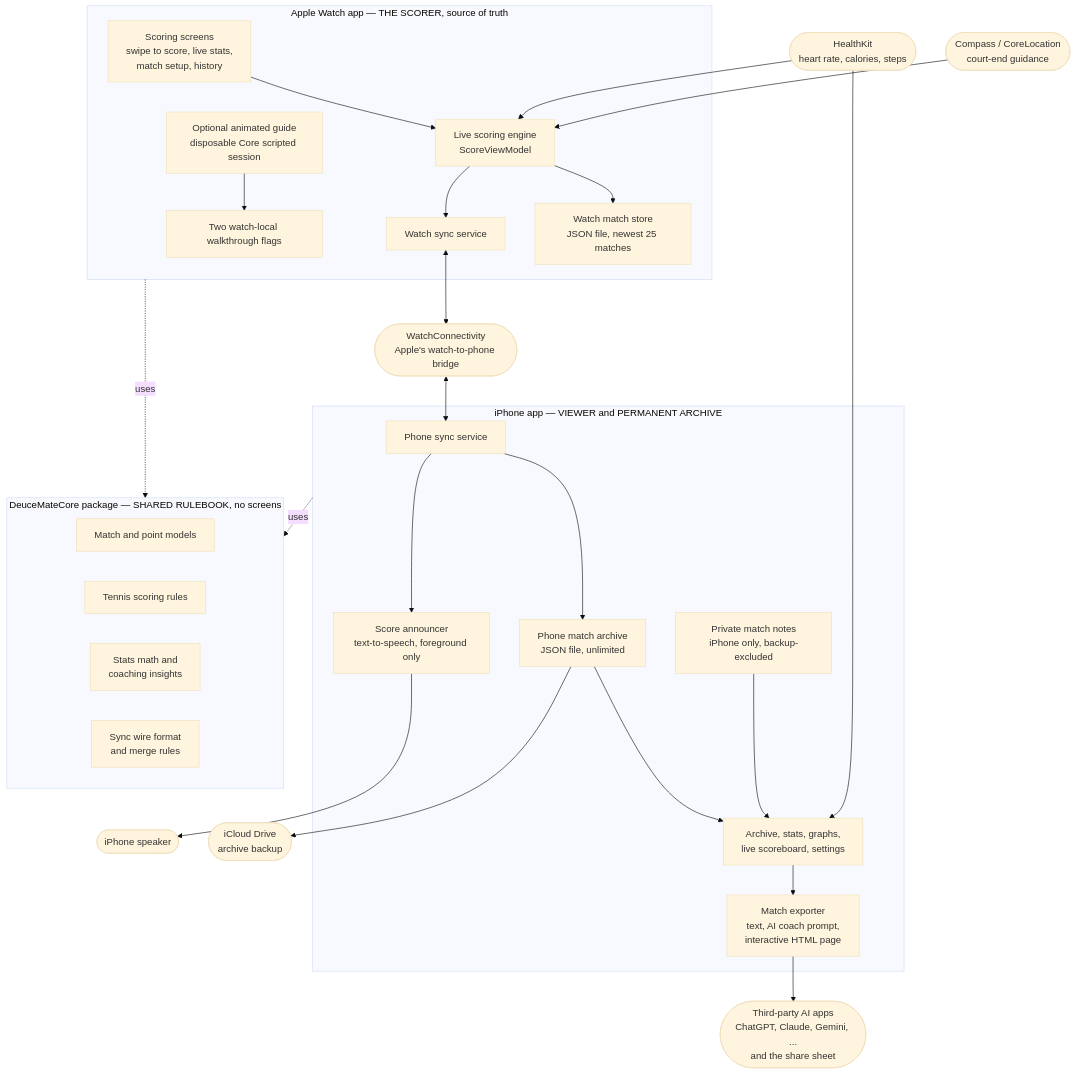
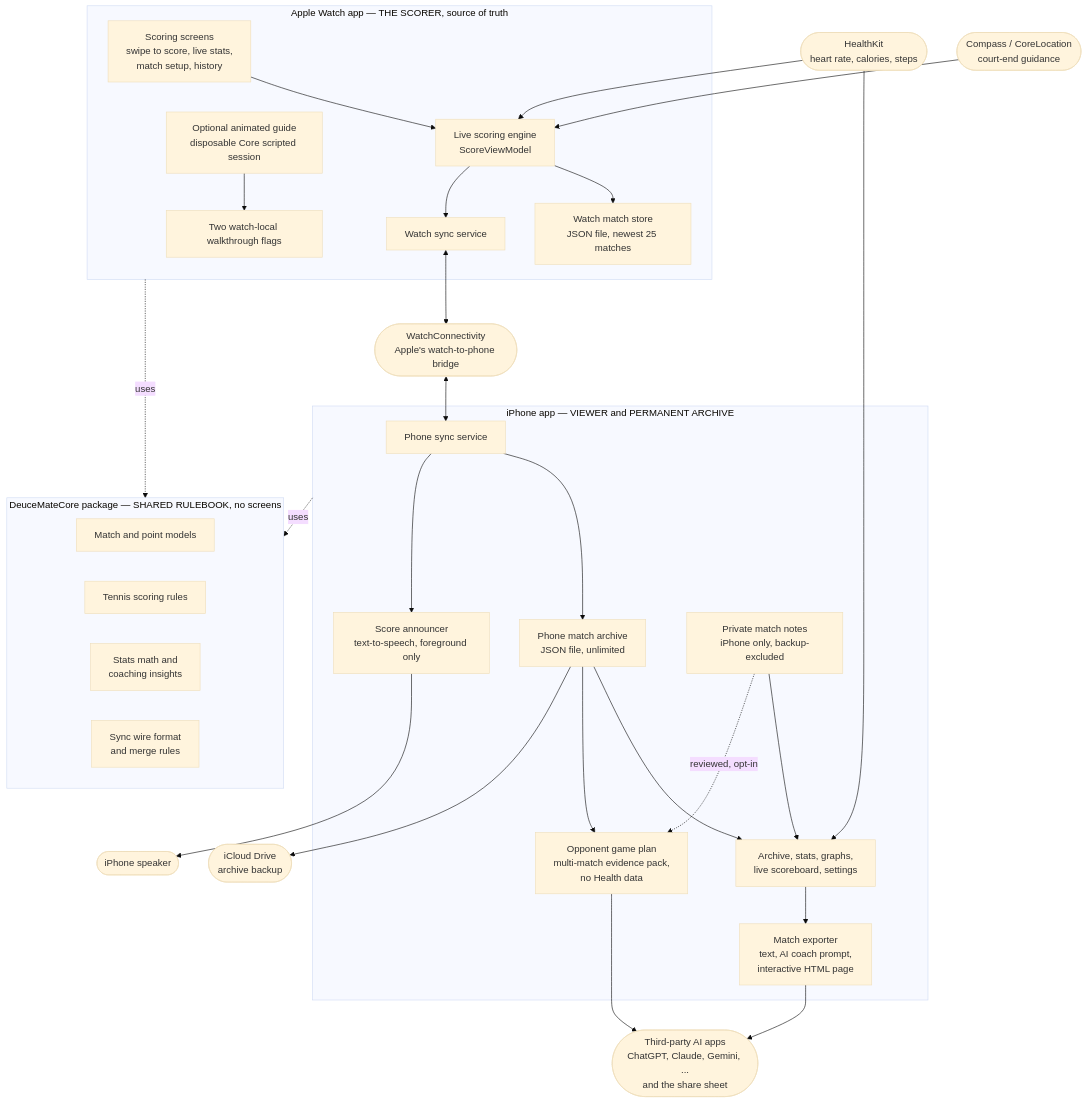
The diagram in docs/architecture/README.md (EMRahman/DeuceMate), drawn with Mermaid (base theme) before and after one commit. The commit also changed 25 other files, not shown here.

````diff
--- a/docs/architecture/README.md
+++ b/docs/architecture/README.md
@@ -42,59 +42,63 @@
 ```mermaid
 flowchart TB
     subgraph WATCH["Apple Watch app — THE SCORER, source of truth"]
         WUI["Scoring screens<br/>swipe to score, live stats,<br/>match setup, history"]
         WVM["Live scoring engine<br/>ScoreViewModel"]
         WSTORE["Watch match store<br/>JSON file, newest 25 matches"]
         WSYNC["Watch sync service"]
         GUIDE["Optional animated guide<br/>disposable Core scripted session"]
         FLAGS["Two watch-local walkthrough flags"]
         GUIDE --> FLAGS
         WUI --> WVM
         WVM --> WSTORE
         WVM --> WSYNC
     end
 
     subgraph PHONE["iPhone app — VIEWER and PERMANENT ARCHIVE"]
         PSYNC["Phone sync service"]
         PSTORE["Phone match archive<br/>JSON file, unlimited"]
         PUI["Archive, stats, graphs,<br/>live scoreboard, settings"]
         TTS["Score announcer<br/>text-to-speech, foreground only"]
         EXPORT["Match exporter<br/>text, AI coach prompt,<br/>interactive HTML page"]
         NOTES["Private match notes<br/>iPhone only, backup-excluded"]
+        GAMEPLAN["Opponent game plan<br/>multi-match evidence pack,<br/>no Health data"]
         PSYNC --> PSTORE
         PSYNC --> TTS
         PSTORE --> PUI
         NOTES --> PUI
         PUI --> EXPORT
+        PSTORE --> GAMEPLAN
+        NOTES -. "reviewed, opt-in" .-> GAMEPLAN
     end
 
     subgraph CORE["DeuceMateCore package — SHARED RULEBOOK, no screens"]
         MODELS["Match and point models"]
         RULES["Tennis scoring rules"]
         STATS["Stats math and<br/>coaching insights"]
         WIRE["Sync wire format<br/>and merge rules"]
     end
 
     WC(["WatchConnectivity<br/>Apple's watch-to-phone bridge"])
     WSYNC <--> WC
     WC <--> PSYNC
 
     HK(["HealthKit<br/>heart rate, calories, steps"])
     HK --> WVM
     HK --> PUI
 
     COMPASS(["Compass / CoreLocation<br/>court-end guidance"])
     COMPASS --> WVM
 
     ICLOUD(["iCloud Drive<br/>archive backup"])
     PSTORE --> ICLOUD
 
     SPEAKER(["iPhone speaker"])
     TTS --> SPEAKER
 
     AIAPPS(["Third-party AI apps<br/>ChatGPT, Claude, Gemini, ...<br/>and the share sheet"])
     EXPORT --> AIAPPS
+    GAMEPLAN --> AIAPPS
 
     WATCH -. uses .-> CORE
     PHONE -. uses .-> CORE
 ```
````
